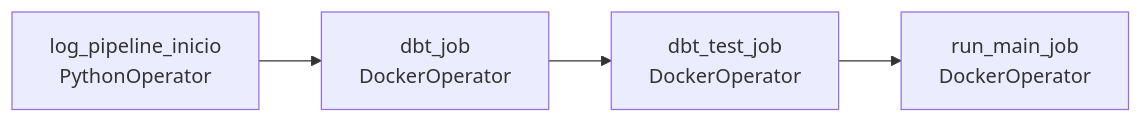
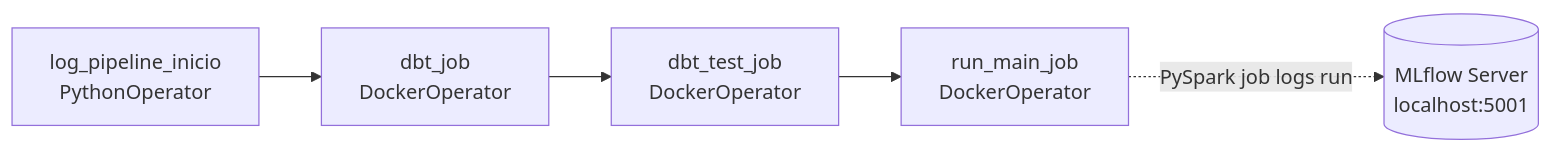
The third of 4 diagrams in README.md (levi549/meteorologia), drawn with Mermaid before and after one commit. The commit also changed other lines of this file, not shown here.

````diff
--- a/README.md
+++ b/README.md
@@ -388,6 +403,7 @@
 ```mermaid
 flowchart LR
     T1[log_pipeline_inicio<br/>PythonOperator] --> T2[dbt_job<br/>DockerOperator]
     T2 --> T3[dbt_test_job<br/>DockerOperator]
     T3 --> T4[run_main_job<br/>DockerOperator]
+    T4 -.PySpark job logs run.-> MF[("MLflow Server<br/>localhost:5001")]
 ```
````
